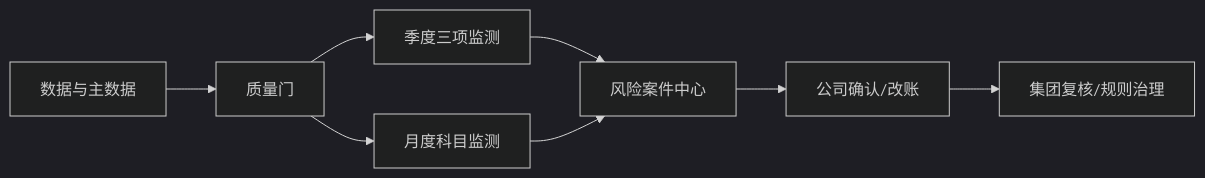
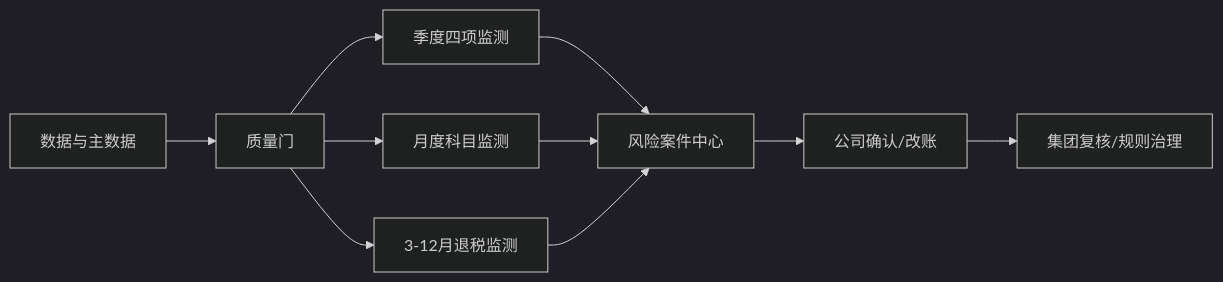
Before and after one commit to sisibeloved/tax_monitor_platform: the diagram in docs/design/function/2026-07-12-group-income-tax-risk-monitoring-platform-function.md, drawn with Mermaid (dark theme). The commit also changed other lines of this file and 169 other files, not shown here.

````diff
--- a/docs/design/function/2026-07-12-group-income-tax-risk-monitoring-platform-function.md
+++ b/docs/design/function/2026-07-12-group-income-tax-risk-monitoring-platform-function.md
@@ -56,10 +59,12 @@
 ```mermaid
 flowchart LR
     A["数据与主数据"] --> B["质量门"]
-    B --> C["季度三项监测"]
+    B --> C["季度四项监测"]
     B --> D["月度科目监测"]
+    B --> R["3-12月退税监测"]
     C --> E["风险案件中心"]
     D --> E
+    R --> E
     E --> F["公司确认/改账"]
     F --> G["集团复核/规则治理"]
 ```
````
